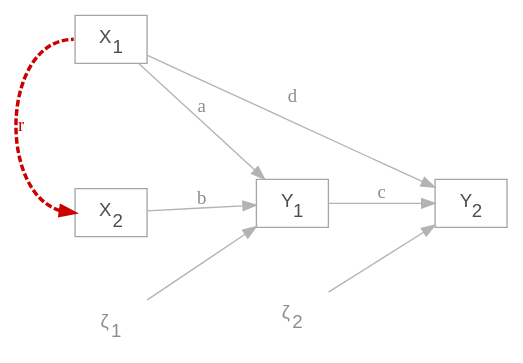
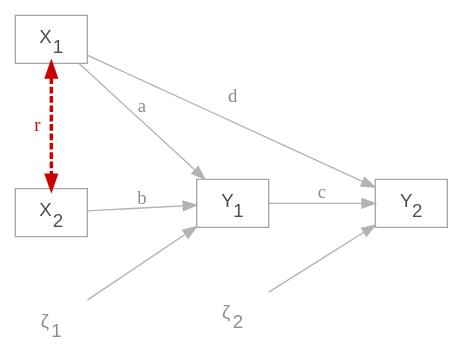
Diagram 11 of 34 in 5_Slides/Intro_to_SEM_part1.qmd (pennekampster/Swiss_SEM), drawn with Graphviz before and after one commit. The commit also changed other lines of this file and 3 other files, not shown here.

````diff
--- a/5_Slides/Intro_to_SEM_part1.qmd
+++ b/5_Slides/Intro_to_SEM_part1.qmd
@@ -845,26 +852,26 @@
 ```{dot}
 //| fig-width: 6.5
 //| fig-height: 3.3
 
 digraph {
   graph [rankdir = LR, fontsize = 14, ranksep = 1.0, nodesep = 0.65]
   
   node [shape = box, fontname = Helvetica, color = "gray65", fontcolor = "gray30"]
   X1 [label = <X<SUB>1</SUB>>]; 
   X2 [label = <X<SUB>2</SUB>>]
   Y1 [label = <Y<SUB>1</SUB>>]; 
   Y2 [label = <Y<SUB>2</SUB>>]
   
   node [shape = plaintext, color = "gray65", fontcolor = "gray55"]
   z1 [label = <&zeta;<SUB>1</SUB>>]; z2 [label = <&zeta;<SUB>2</SUB>>]
   
   edge [color = "gray70", fontcolor = "gray55"]
   X1 -> Y1 [label = "a"]; X2 -> Y1 [label = "b"]
   Y1 -> Y2 [label = "c"]; X1 -> Y2 [label = "d"]
-  X1:w -> X2:w [dir = both, constraint = false, label = "r", color = "#cc0000", penwidth = 2.6, fontcolor = "#cc0000", style = dashed]
+  X1 -> X2 [dir = both, constraint = false, label = "r", color = "#cc0000", penwidth = 2.6, fontcolor = "#cc0000", style = dashed]
   
   z1 -> Y1; z2 -> Y2
   {rank = min; X1; X2}
   {rank = max; Y2}
 }
 ```
````
